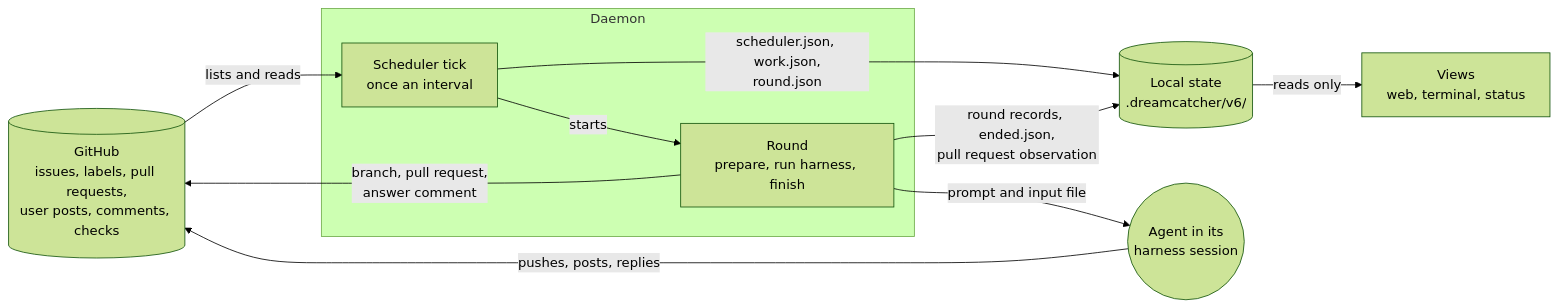
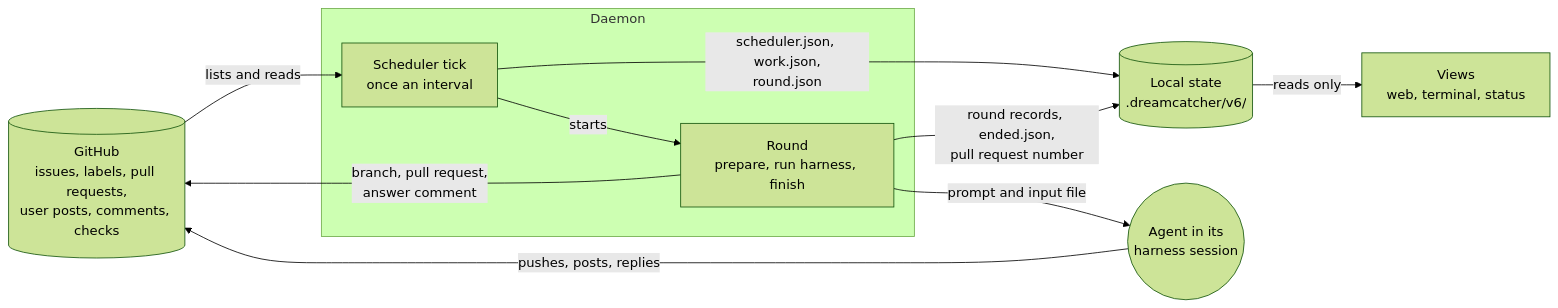
The first of 4 diagrams in specs/2026-10-16-state-format-6/design.md (alimanfoo/dreamcatcher), drawn with Mermaid (forest theme) before and after one commit. The commit also changed other lines of this file and 15 other files, not shown here.

Commit message:
Rename the pull request observation for the number it holds

````diff
--- a/specs/2026-10-16-state-format-6/design.md
+++ b/specs/2026-10-16-state-format-6/design.md
@@ -39,19 +39,19 @@
 ```mermaid
 flowchart LR
     GH[(GitHub<br/>issues, labels, pull requests,<br/>user posts, comments, checks)]
     State[(Local state<br/>.dreamcatcher/v6/)]
     subgraph Daemon
         Tick[Scheduler tick<br/>once an interval]
         Round[Round<br/>prepare, run harness, finish]
     end
     Views[Views<br/>web, terminal, status]
     Agent((Agent in its<br/>harness session))
     GH -- lists and reads --> Tick
     Tick -- scheduler.json, work.json,<br/>round.json --> State
     Tick -- starts --> Round
-    Round -- round records, ended.json,<br/>pull request observation --> State
+    Round -- round records, ended.json,<br/>pull request number --> State
     Round -- branch, pull request,<br/>answer comment --> GH
     Round -- prompt and input file --> Agent
     Agent -- pushes, posts, replies --> GH
     State -- reads only --> Views
 ```
````
